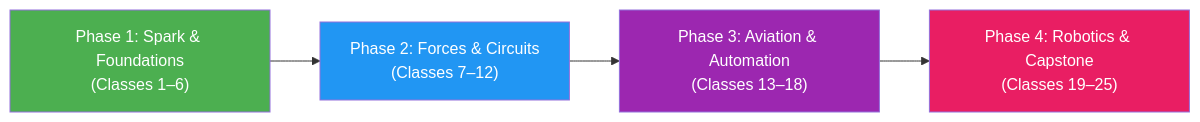
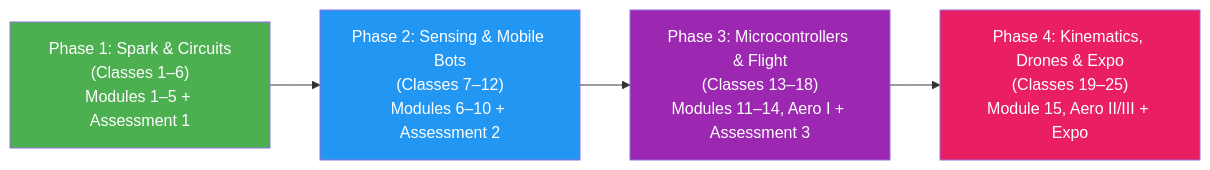
One commit to viz-lab-hue/Good-Soil changed the second of 2 diagrams in Curriculum/GoodSoil_25_Class_Curriculum_Master.md. Above: the diagram before and after it, drawn with Mermaid. The commit also changed other lines of this file and 12 other files, not shown here.

Commit message:
feat(curriculum-bom): align 25-class curriculum with 15-module robotics framework, sync BOM and web catalogue, archive legacy plans

````diff
--- a/Curriculum/GoodSoil_25_Class_Curriculum_Master.md
+++ b/Curriculum/GoodSoil_25_Class_Curriculum_Master.md
@@ -48,11 +47,12 @@
 ```mermaid
 graph LR
-    P1["Phase 1: Spark & Foundations<br/>(Classes 1–6)"] --> P2["Phase 2: Forces & Circuits<br/>(Classes 7–12)"]
-    P2 --> P3["Phase 3: Aviation & Automation<br/>(Classes 13–18)"]
-    P3 --> P4["Phase 4: Robotics & Capstone<br/>(Classes 19–25)"]
+    P1["Phase 1: Spark & Circuits<br/>(Classes 1–6)<br/>Modules 1–5 + Assessment 1"] 
+    --> P2["Phase 2: Sensing & Mobile Bots<br/>(Classes 7–12)<br/>Modules 6–10 + Assessment 2"]
+    --> P3["Phase 3: Microcontrollers & Flight<br/>(Classes 13–18)<br/>Modules 11–14, Aero I + Assessment 3"]
+    --> P4["Phase 4: Kinematics, Drones & Expo<br/>(Classes 19–25)<br/>Module 15, Aero II/III + Expo"]
 
     style P1 fill:#4CAF50,color:#fff
     style P2 fill:#2196F3,color:#fff
     style P3 fill:#9C27B0,color:#fff
     style P4 fill:#E91E63,color:#fff
 ```
````
